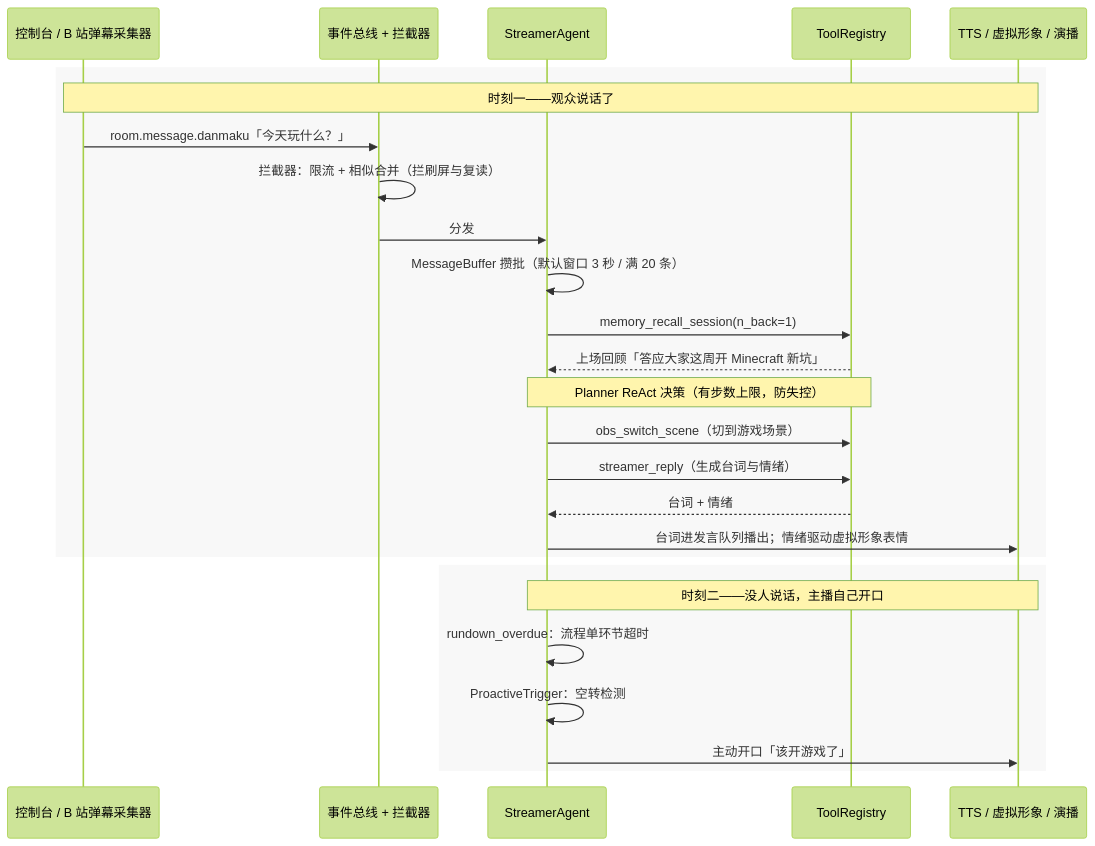
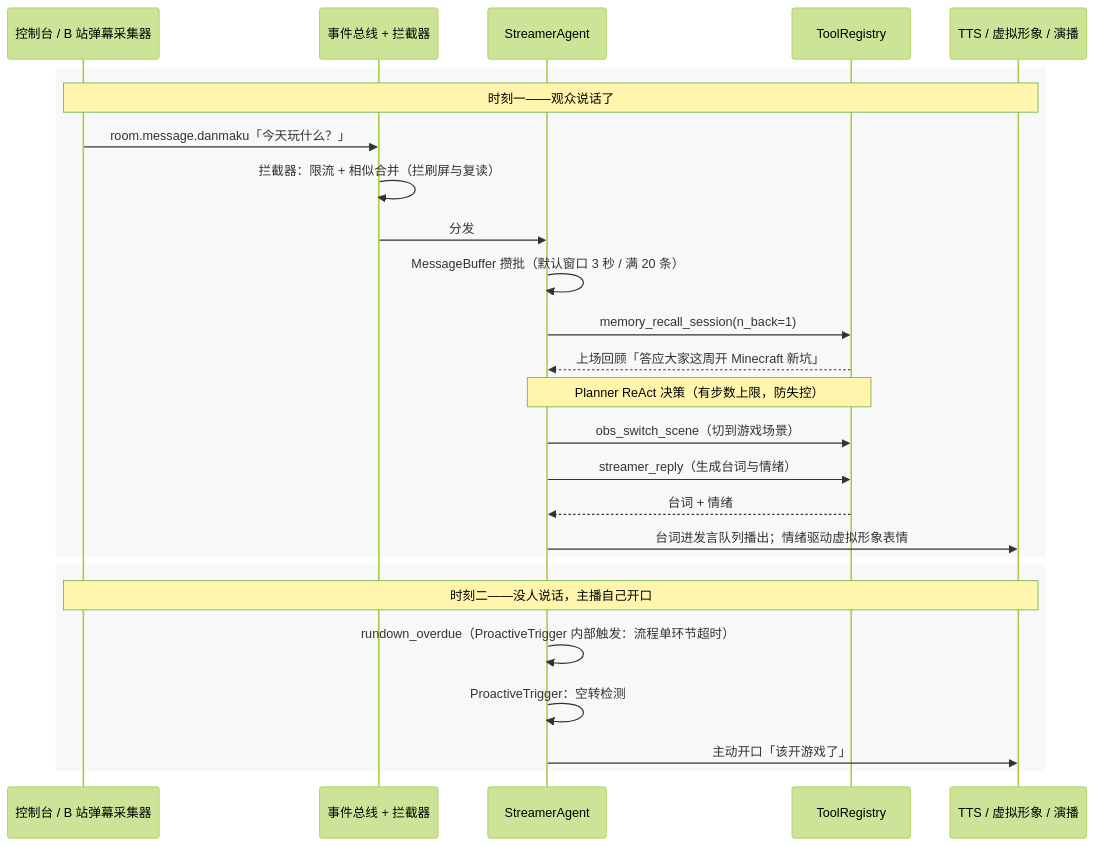
Before and after one commit to Mai-with-u/Amaidesu: the first of 2 diagrams in README.md, drawn with Mermaid (forest theme). The commit also changed other lines of this file and 29 other files, not shown here.

````diff
--- a/README.md
+++ b/README.md
@@ -45,29 +101,29 @@
 ```mermaid
 sequenceDiagram
     participant 输入 as 控制台 / B 站弹幕采集器
     participant 总线 as 事件总线 + 拦截器
     participant 主播 as StreamerAgent
     participant 工具 as ToolRegistry
     participant 出口 as TTS / 虚拟形象 / 演播
 
     rect rgb(248, 248, 248)
     Note over 输入,出口: 时刻一——观众说话了
     输入->>总线: room.message.danmaku「今天玩什么？」
     总线->>总线: 拦截器：限流 + 相似合并（拦刷屏与复读）
     总线->>主播: 分发
     主播->>主播: MessageBuffer 攒批（默认窗口 3 秒 / 满 20 条）
     主播->>工具: memory_recall_session(n_back=1)
     工具-->>主播: 上场回顾「答应大家这周开 Minecraft 新坑」
     Note over 主播,工具: Planner ReAct 决策（有步数上限，防失控）
     主播->>工具: obs_switch_scene（切到游戏场景）
     主播->>工具: streamer_reply（生成台词与情绪）
     工具-->>主播: 台词 + 情绪
     主播->>出口: 台词进发言队列播出；情绪驱动虚拟形象表情
     end
     rect rgb(248, 248, 248)
-    Note over 主播,出口: 时刻二——没人说话，主播自己开口
-    主播->>主播: rundown_overdue：流程单环节超时
+    Note over 输入,出口: 时刻二——没人说话，主播自己开口
+    主播->>主播: rundown_overdue（ProactiveTrigger 内部触发：流程单环节超时）
     主播->>主播: ProactiveTrigger：空转检测
     主播->>出口: 主动开口「该开游戏了」
     end
 ```
````
